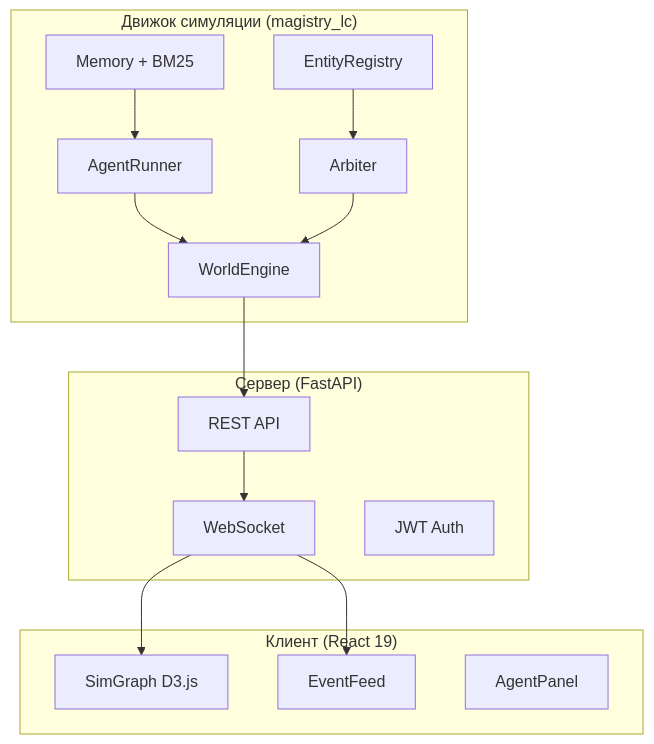
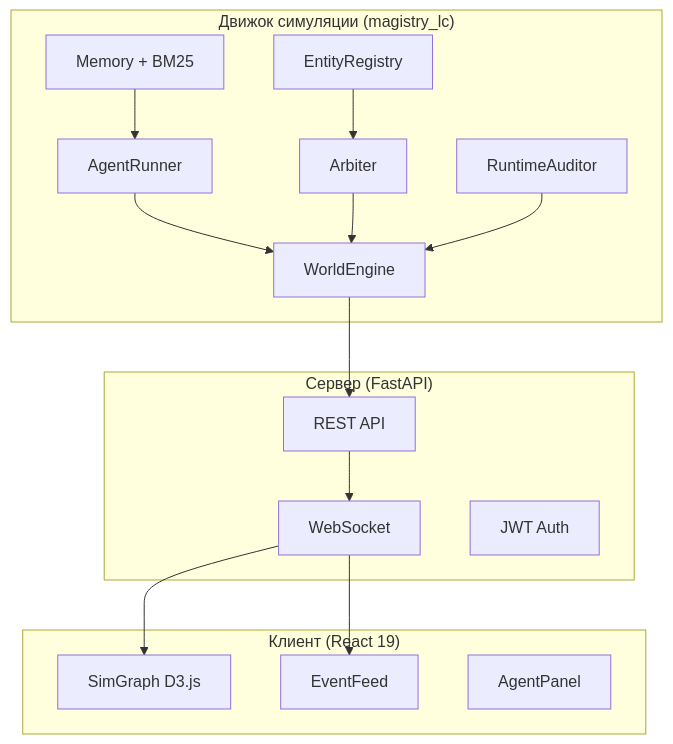
Before and after one commit to gliseop/SPHERE: the diagram in README.md, drawn with Mermaid. The commit also changed other lines of this file and 17 other files, not shown here.

First line of the commit message:
feat: introduce RuntimeAuditor for governance signal detection

````diff
--- a/README.md
+++ b/README.md
@@ -57,31 +57,33 @@
 ```mermaid
 graph TB
     subgraph Движок["Движок симуляции (magistry_lc)"]
         ENGINE[WorldEngine]
         AGENT[AgentRunner]
         ARB[Arbiter]
+        AUD[RuntimeAuditor]
         MEM[Memory + BM25]
         ENT[EntityRegistry]
     end
 
     subgraph Сервер["Сервер (FastAPI)"]
         REST[REST API]
         WS[WebSocket]
         AUTH[JWT Auth]
     end
 
     subgraph Клиент["Клиент (React 19)"]
         GRAPH[SimGraph D3.js]
         FEED[EventFeed]
         PANEL[AgentPanel]
     end
 
     ENGINE --> REST
     REST --> WS
     WS --> GRAPH
     WS --> FEED
     AGENT --> ENGINE
     MEM --> AGENT
     ARB --> ENGINE
+    AUD --> ENGINE
     ENT --> ARB
 ```
````
